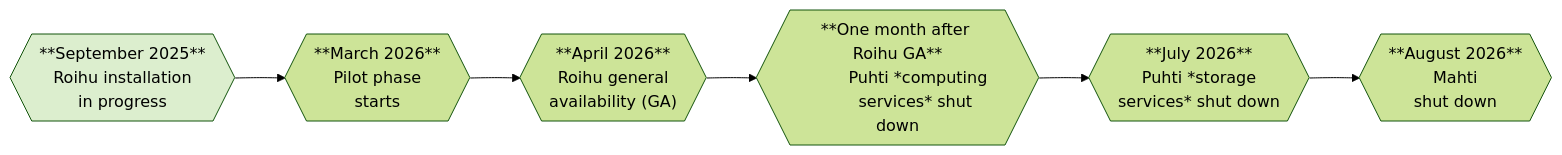
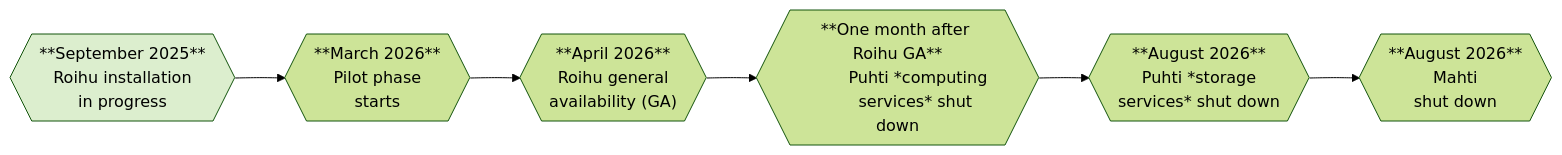
Before and after one commit to CSCfi/csc-user-guide: the diagram in docs/computing/systems-roihu.md, drawn with Mermaid (forest theme). The commit also changed other lines of this file and 1 other file, not shown here.

````diff
--- a/docs/computing/systems-roihu.md
+++ b/docs/computing/systems-roihu.md
@@ -11,22 +11,22 @@
 ```mermaid
 graph LR;
     A{{"**September 2025**
         Roihu installation
         in progress"}} --> B;
     B{{"**March 2026**
         Pilot phase
         starts"}} --> C;
     C{{"**April 2026**
         Roihu general
         availability (GA)"}} --> D;
     D{{"**One month after Roihu GA**
         Puhti *computing
         services* shut down"}} --> E;
-    E{{"**July 2026**
+    E{{"**August 2026**
         Puhti *storage
         services* shut down"}} --> F;
     F{{"**August 2026**
         Mahti
         shut down"}}
     style A fill:#dceeceff;
 ```
````
